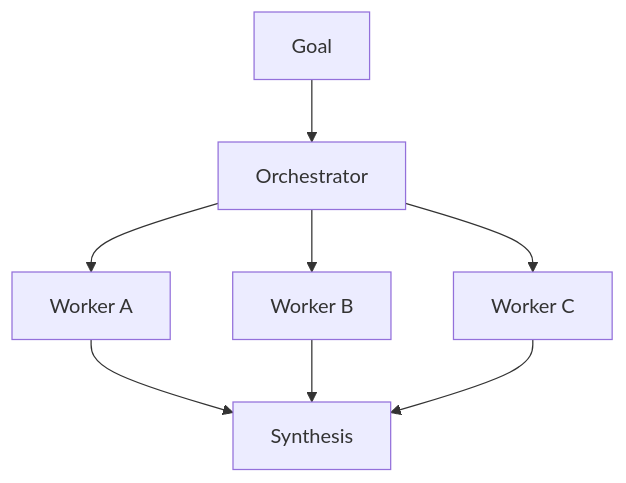
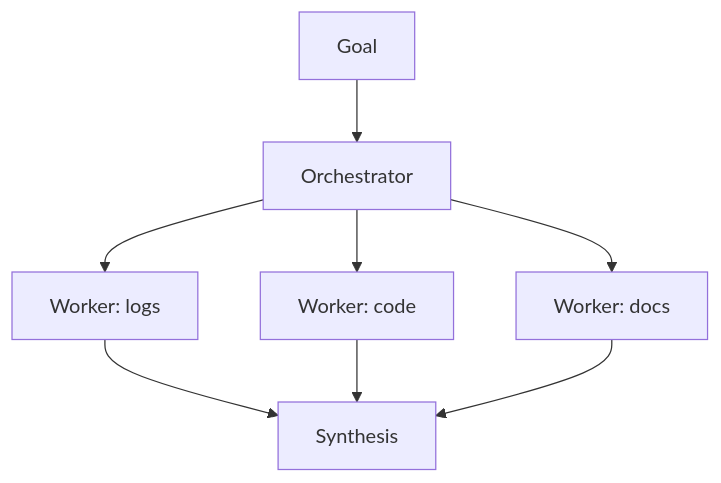
The ninth of 12 diagrams in 02-agentic-architecture-foundations/README.md (franciscogarcia-sys/guia-estudio-claude-ccar-f-bitlogic), drawn with Mermaid before and after one commit. The commit also changed other lines of this file, not shown here.

````diff
--- a/02-agentic-architecture-foundations/README.md
+++ b/02-agentic-architecture-foundations/README.md
@@ -546,10 +615,10 @@
 ```mermaid
 flowchart TD
     G[Goal] --> O[Orchestrator]
-    O --> A[Worker A]
-    O --> B[Worker B]
-    O --> C[Worker C]
+    O --> A[Worker: logs]
+    O --> B[Worker: code]
+    O --> C[Worker: docs]
     A --> S[Synthesis]
     B --> S
     C --> S
 ```
````
